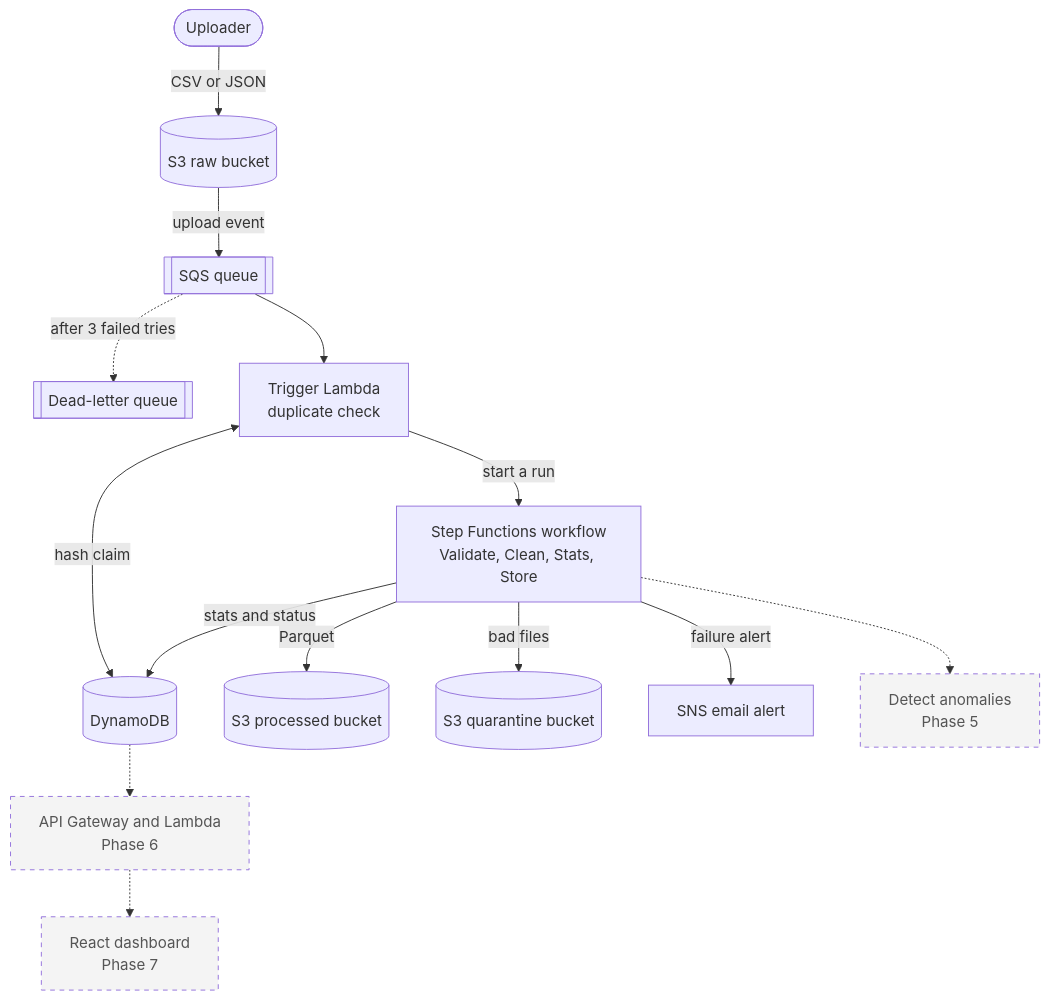
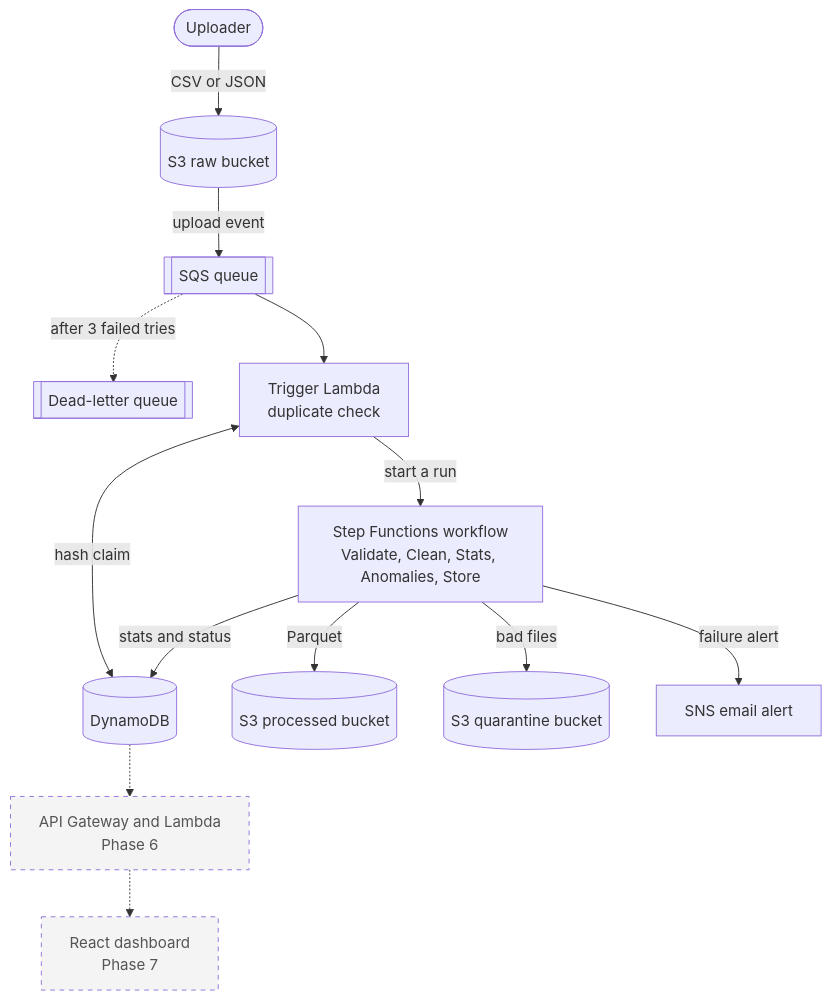
Before and after one commit to dhananjaya-hbc/gradeflow-serverless-pipeline: the first of 4 diagrams in README.md, drawn with Mermaid. The commit also changed other lines of this file, not shown here.

Commit message:
docs: document phase 5 anomaly detection method, results and reliability

````diff
--- a/README.md
+++ b/README.md
@@ -10,18 +10,17 @@
 ```mermaid
 flowchart TD
     uploader(["Uploader"]) -->|"CSV or JSON"| raw[("S3 raw bucket")]
     raw -->|"upload event"| queue[["SQS queue"]]
     queue -.->|"after 3 failed tries"| dlq[["Dead-letter queue"]]
     queue --> trigger["Trigger Lambda<br/>duplicate check"]
-    trigger -->|"start a run"| workflow["Step Functions workflow<br/>Validate, Clean, Stats, Store"]
+    trigger -->|"start a run"| workflow["Step Functions workflow<br/>Validate, Clean, Stats, Anomalies, Store"]
     trigger <-->|"hash claim"| ddb[("DynamoDB")]
     workflow -->|"stats and status"| ddb
     workflow -->|"Parquet"| processed[("S3 processed bucket")]
     workflow -->|"bad files"| quarantine[("S3 quarantine bucket")]
     workflow -->|"failure alert"| sns["SNS email alert"]
-    workflow -.-> anomalies["Detect anomalies<br/>Phase 5"]:::planned
     ddb -.-> api["API Gateway and Lambda<br/>Phase 6"]:::planned
     api -.-> dashboard["React dashboard<br/>Phase 7"]:::planned
 
     classDef planned stroke-dasharray: 5 5,fill:#f4f4f4,color:#555
 ```
````
